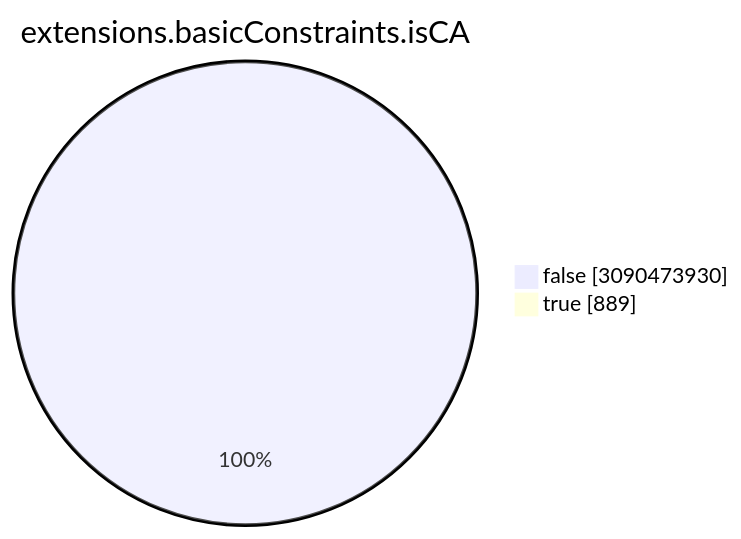
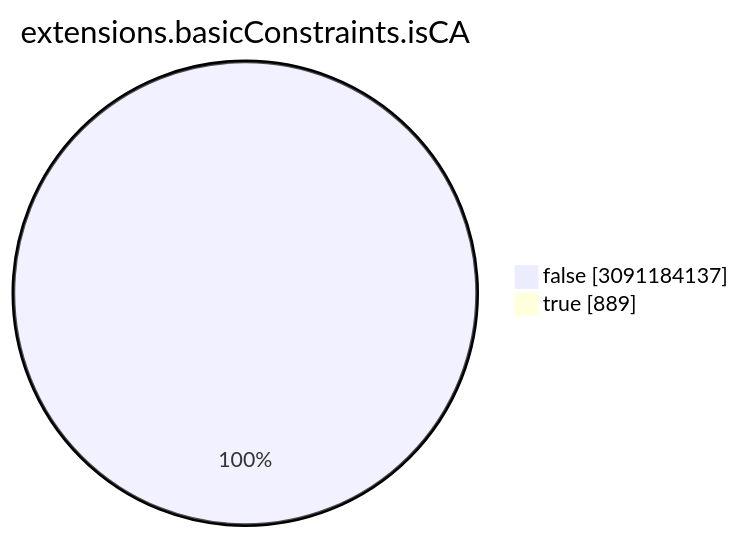
One commit to christiankrug/ctmonitor_visualization changed the seventh of 15 diagrams in TOTAL/README.md. Above: the diagram before and after it, drawn with Mermaid. The commit also changed other lines of this file, not shown here.

````diff
--- a/TOTAL/README.md
+++ b/TOTAL/README.md
@@ -3088,6 +3088,6 @@
 ```mermaid
 pie showData
 title extensions.basicConstraints.isCA
-"false" :3090473930
+"false" :3091184137
 "true" :889
 ```
````
